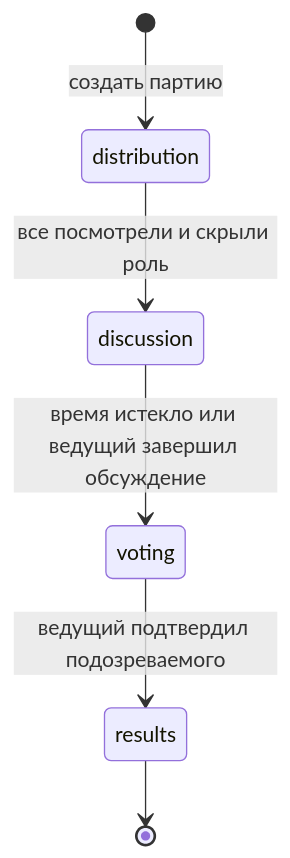
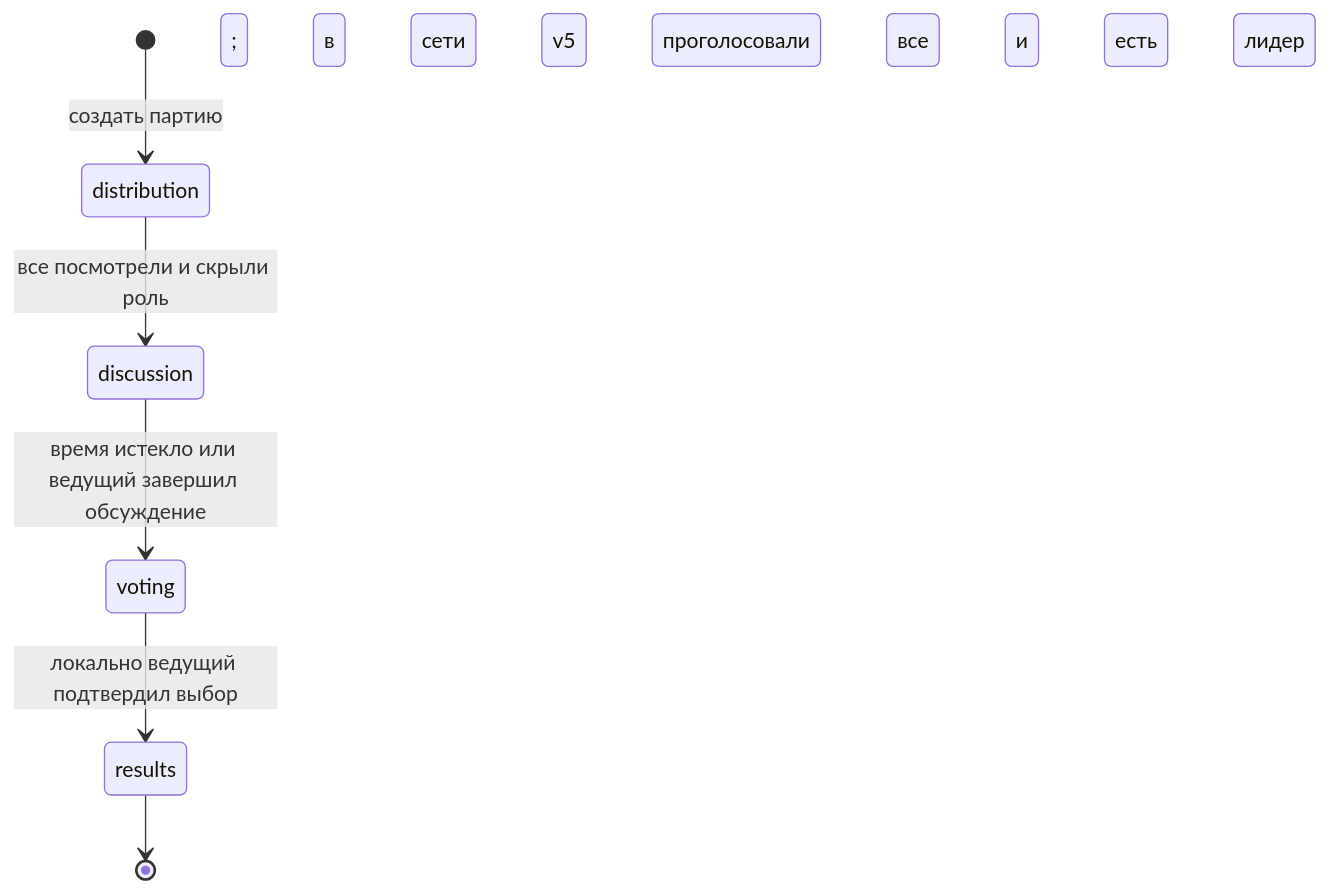
One commit to danilagarev/partybox changed the second of 2 diagrams in docs/GAME_RULES.md. Above: the diagram before and after it, drawn with Mermaid. The commit also changed other lines of this file and 44 other files, not shown here.

````diff
--- a/docs/GAME_RULES.md
+++ b/docs/GAME_RULES.md
@@ -61,8 +72,8 @@
 ```mermaid
 stateDiagram-v2
   [*] --> distribution: создать партию
   distribution --> discussion: все посмотрели и скрыли роль
   discussion --> voting: время истекло или ведущий завершил обсуждение
-  voting --> results: ведущий подтвердил подозреваемого
+  voting --> results: локально ведущий подтвердил выбор; в сети v5 проголосовали все и есть лидер
   results --> [*]
 ```
````
